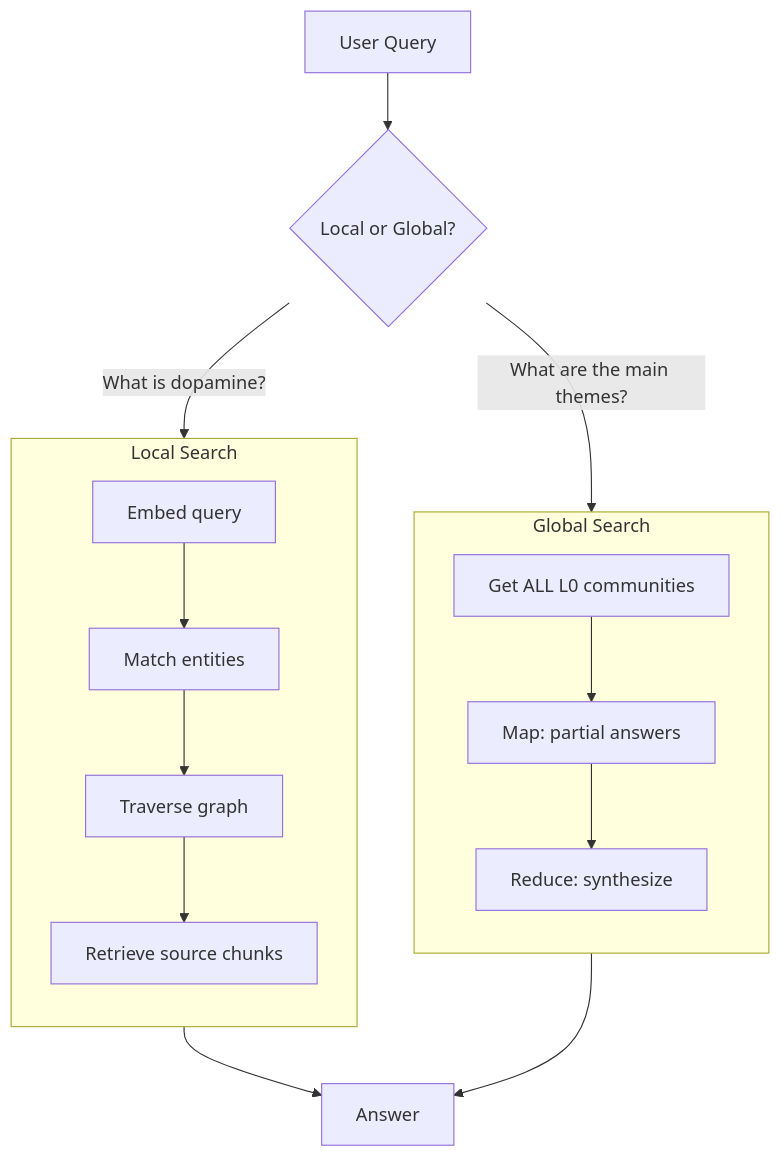
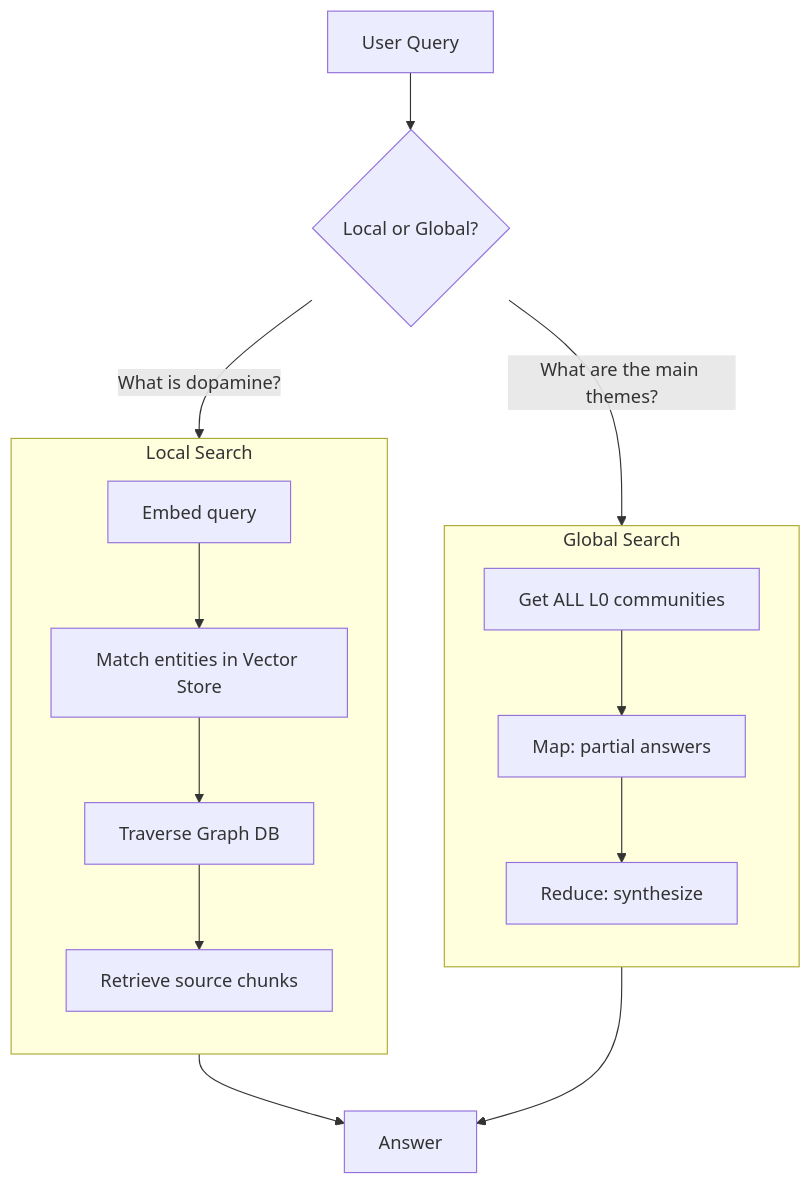
Before and after one commit to crlsrmrlsz/raglab: the diagram in docs/preprocessing/graphrag.md, drawn with Mermaid. The commit also changed other lines of this file, not shown here.

First line of the commit message:
docs(graphrag): clarify local search steps in query diagram

````diff
--- a/docs/preprocessing/graphrag.md
+++ b/docs/preprocessing/graphrag.md
@@ -58,23 +49,23 @@
 ```mermaid
 flowchart TB
     Q[User Query] --> CLS{Local or Global?}
 
     CLS -->|"What is dopamine?"| LOCAL
     CLS -->|"What are the main themes?"| GLOBAL
 
     subgraph LOCAL[Local Search]
         direction TB
-        L1[Embed query] --> L2[Match entities]
-        L2 --> L3[Traverse graph]
+        L1[Embed query] --> L2[Match entities in Vector Store]
+        L2 --> L3[Traverse Graph DB]
         L3 --> L4[Retrieve source chunks]
     end
 
     subgraph GLOBAL[Global Search]
         direction TB
         G1[Get ALL L0 communities] --> G2[Map: partial answers]
         G2 --> G3[Reduce: synthesize]
     end
 
     LOCAL --> ANS[Answer]
     GLOBAL --> ANS
 ```
````
